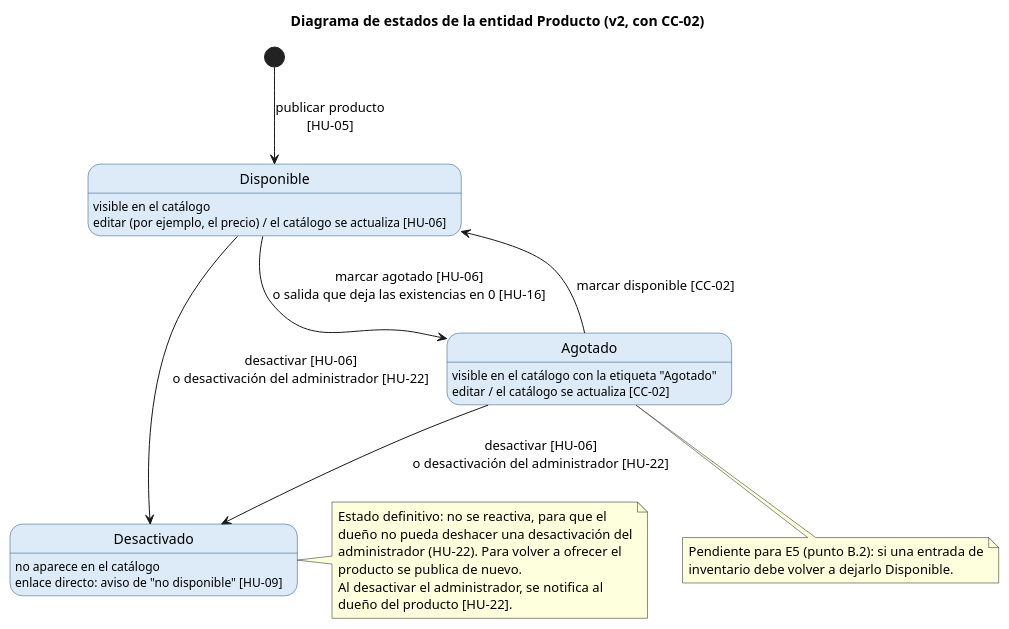
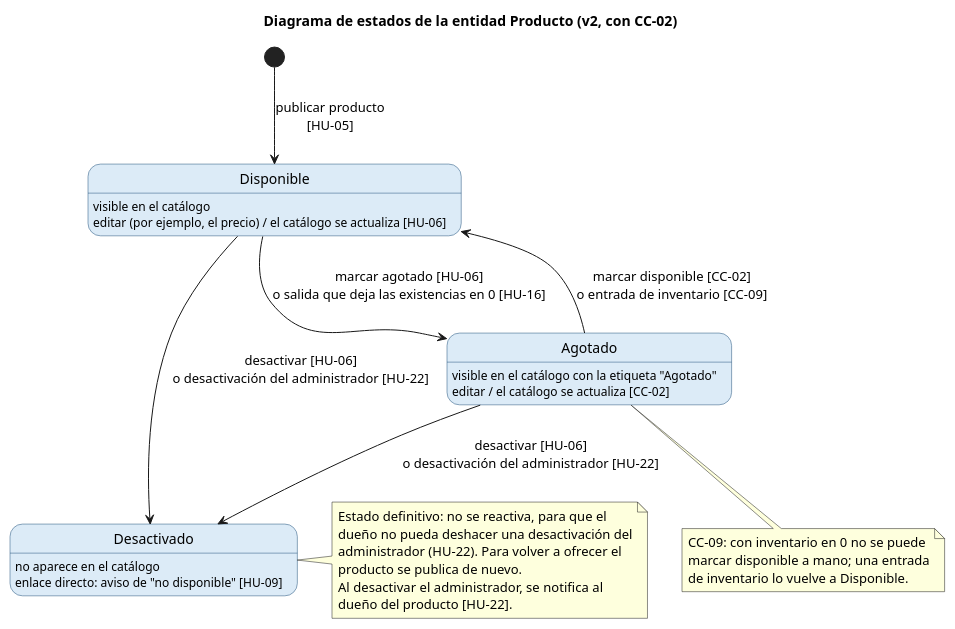
Before and after one commit to SebastianGuzmanDev/plataforma-emprendedores: the diagram in docs/diagramas/ES1-producto-v2.puml, drawn with PlantUML. The commit also changed 8 other files, not shown here.

```diff
--- a/docs/diagramas/ES1-producto-v2.puml
+++ b/docs/diagramas/ES1-producto-v2.puml
@@ -1,45 +1,46 @@
 @startuml ES1-producto-v2
 ' ES1 · Estados de la entidad Producto — versión 2 (incluye CC-02, aprobado el 06/11/2026)
 ' Reemplaza la figura 7 del Entregable 2. Renderizar con PlantUML: java -jar plantuml.jar ES1-producto-v2.puml
 title Diagrama de estados de la entidad Producto (v2, con CC-02)
 skinparam state {
   BackgroundColor #DCEBF7
   BorderColor #1F4E79
 }
 
 [*] --> Disponible : publicar producto\n[HU-05]
 
 state Disponible {
 }
 Disponible : visible en el catálogo
 Disponible : editar (por ejemplo, el precio) / el catálogo se actualiza [HU-06]
 
 state Agotado {
 }
 Agotado : visible en el catálogo con la etiqueta "Agotado"
 Agotado : editar / el catálogo se actualiza [CC-02]
 
 state Desactivado {
 }
 Desactivado : no aparece en el catálogo
 Desactivado : enlace directo: aviso de "no disponible" [HU-09]
 
 Disponible --> Agotado : marcar agotado [HU-06]\no salida que deja las existencias en 0 [HU-16]
-Agotado --> Disponible : marcar disponible [CC-02]
+Agotado --> Disponible : marcar disponible [CC-02]\no entrada de inventario [CC-09]
 Disponible --> Desactivado : desactivar [HU-06]\no desactivación del administrador [HU-22]
 Agotado --> Desactivado : desactivar [HU-06]\no desactivación del administrador [HU-22]
 
 note right of Desactivado
   Estado definitivo: no se reactiva, para que el
   dueño no pueda deshacer una desactivación del
   administrador (HU-22). Para volver a ofrecer el
   producto se publica de nuevo.
   Al desactivar el administrador, se notifica al
   dueño del producto [HU-22].
 end note
 
 note bottom of Agotado
-  Pendiente para E5 (punto B.2): si una entrada de
-  inventario debe volver a dejarlo Disponible.
+  CC-09: con inventario en 0 no se puede
+  marcar disponible a mano; una entrada
+  de inventario lo vuelve a Disponible.
 end note
 @enduml
```
